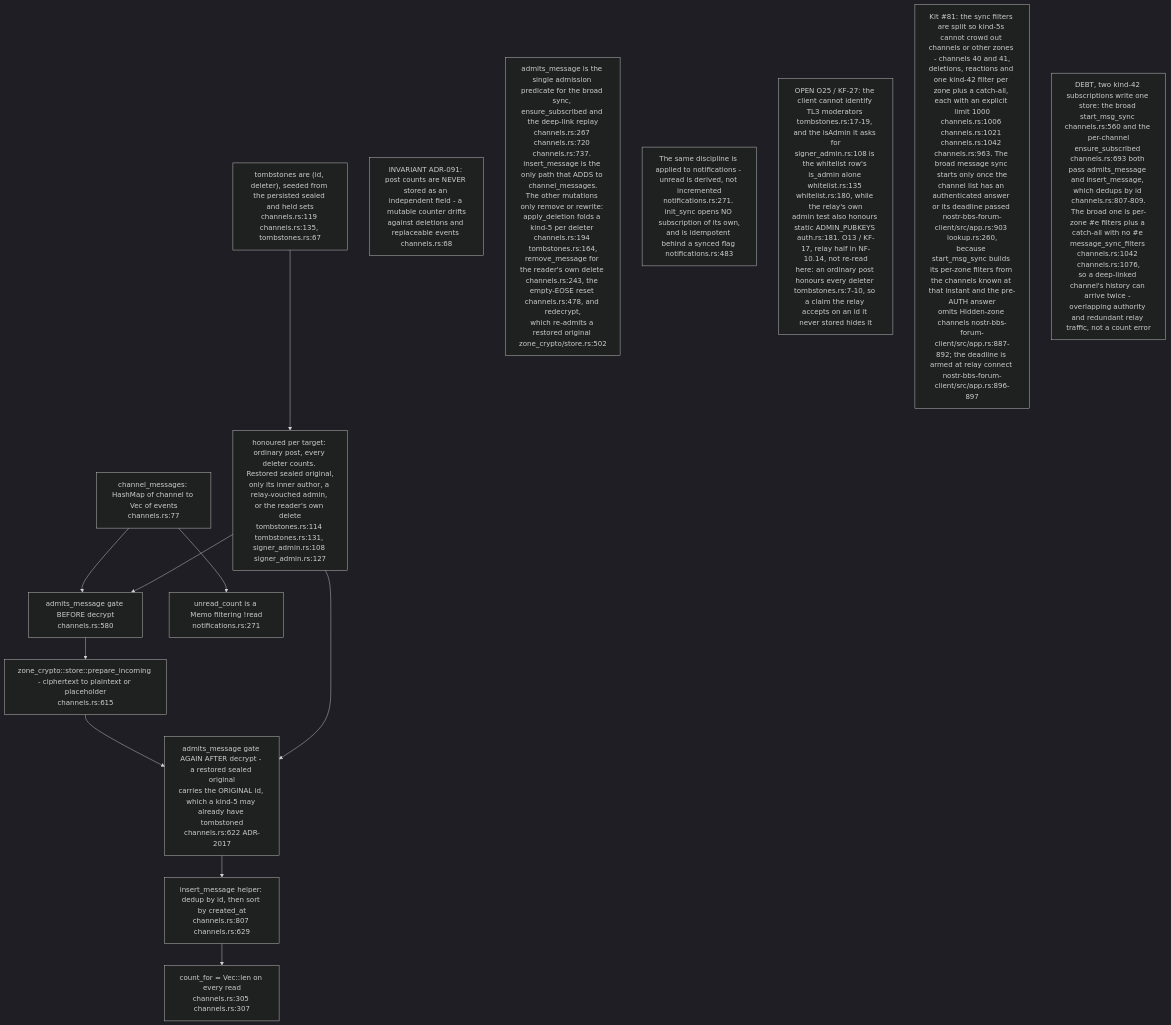
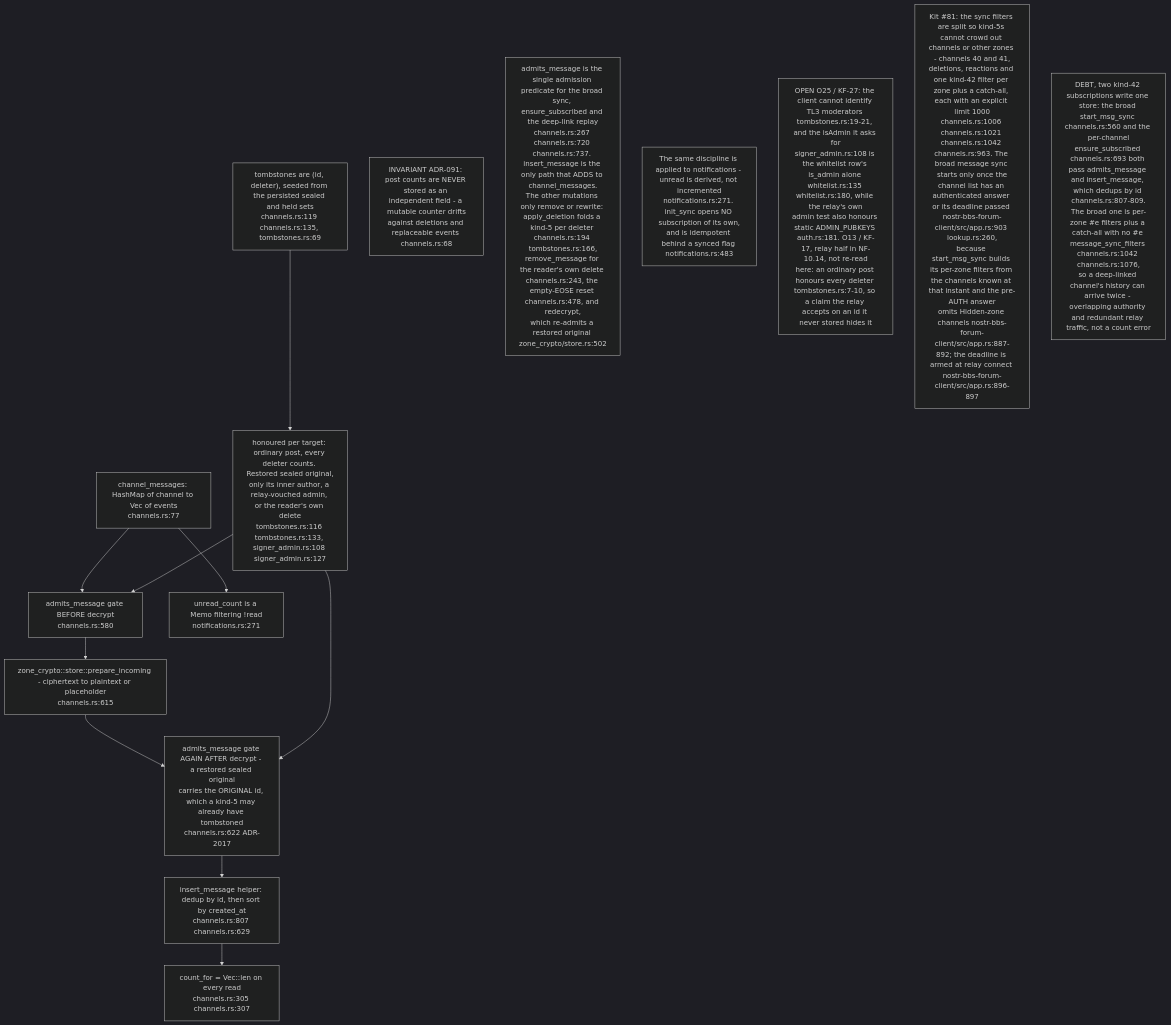
The sixth of 20 diagrams in docs/diagrams/nostr-rust-forum/05-leptos-clients-onboarding-messaging-governance.md (DreamLab-AI/VisionFlow), drawn with Mermaid (dark theme) before and after one commit. The commit also changed other lines of this file and 11 other files, not shown here.

````diff
--- a/docs/diagrams/nostr-rust-forum/05-leptos-clients-onboarding-messaging-governance.md
+++ b/docs/diagrams/nostr-rust-forum/05-leptos-clients-onboarding-messaging-governance.md
@@ -254,25 +254,25 @@
 ```mermaid
 flowchart TB
     EVS["channel_messages: HashMap of channel to Vec of events<br/>channels.rs:77"]
-    TOMB["tombstones are (id, deleter), seeded from the persisted sealed and held sets<br/>channels.rs:119 channels.rs:135, tombstones.rs:67"]
+    TOMB["tombstones are (id, deleter), seeded from the persisted sealed and held sets<br/>channels.rs:119 channels.rs:135, tombstones.rs:69"]
     GATE1["admits_message gate BEFORE decrypt<br/>channels.rs:580"]
     DEC["zone_crypto::store::prepare_incoming - ciphertext to plaintext or placeholder<br/>channels.rs:615"]
     GATE2["admits_message gate AGAIN AFTER decrypt - a restored sealed original<br/>carries the ORIGINAL id, which a kind-5 may already have tombstoned<br/>channels.rs:622 ADR-2017"]
     INS["insert_message helper: dedup by id, then sort by created_at<br/>channels.rs:807 channels.rs:629"]
     CNT["count_for = Vec::len on every read<br/>channels.rs:305 channels.rs:307"]
     UNREAD["unread_count is a Memo filtering !read<br/>notifications.rs:271"]
-    HON["honoured per target: ordinary post, every deleter counts. Restored sealed original,<br/>only its inner author, a relay-vouched admin, or the reader's own delete<br/>tombstones.rs:114 tombstones.rs:131, signer_admin.rs:108 signer_admin.rs:127"]
+    HON["honoured per target: ordinary post, every deleter counts. Restored sealed original,<br/>only its inner author, a relay-vouched admin, or the reader's own delete<br/>tombstones.rs:116 tombstones.rs:133, signer_admin.rs:108 signer_admin.rs:127"]
 
     EVS --> GATE1 --> DEC --> GATE2 --> INS --> CNT
     TOMB --> HON
     HON --> GATE1
     HON --> GATE2
     EVS --> UNREAD
 
     N1["INVARIANT ADR-091: post counts are NEVER stored as an independent field - a mutable counter drifts<br/>against deletions and replaceable events channels.rs:68"]
-    N2["admits_message is the single admission predicate for the broad sync, ensure_subscribed and the deep-link replay<br/>channels.rs:267 channels.rs:720 channels.rs:737. insert_message is the only path that ADDS to channel_messages.<br/>The other mutations only remove or rewrite: apply_deletion folds a kind-5 per deleter channels.rs:194 tombstones.rs:164,<br/>remove_message for the reader's own delete channels.rs:243, the empty-EOSE reset channels.rs:478, and redecrypt,<br/>which re-admits a restored original zone_crypto/store.rs:502"]
+    N2["admits_message is the single admission predicate for the broad sync, ensure_subscribed and the deep-link replay<br/>channels.rs:267 channels.rs:720 channels.rs:737. insert_message is the only path that ADDS to channel_messages.<br/>The other mutations only remove or rewrite: apply_deletion folds a kind-5 per deleter channels.rs:194 tombstones.rs:166,<br/>remove_message for the reader's own delete channels.rs:243, the empty-EOSE reset channels.rs:478, and redecrypt,<br/>which re-admits a restored original zone_crypto/store.rs:502"]
     N3["The same discipline is applied to notifications - unread is derived, not incremented<br/>notifications.rs:271. init_sync opens NO subscription of its own,<br/>and is idempotent behind a synced flag notifications.rs:483"]
-    N4["OPEN O25 / KF-27: the client cannot identify TL3 moderators tombstones.rs:17-19, and the isAdmin it asks for<br/>signer_admin.rs:108 is the whitelist row's is_admin alone whitelist.rs:135 whitelist.rs:180, while the relay's own<br/>admin test also honours static ADMIN_PUBKEYS auth.rs:181. O13 / KF-17, relay half in NF-10.14, not re-read<br/>here: an ordinary post honours every deleter tombstones.rs:7-10, so a claim the relay accepts on an id it never stored hides it"]
+    N4["OPEN O25 / KF-27: the client cannot identify TL3 moderators tombstones.rs:19-21, and the isAdmin it asks for<br/>signer_admin.rs:108 is the whitelist row's is_admin alone whitelist.rs:135 whitelist.rs:180, while the relay's own<br/>admin test also honours static ADMIN_PUBKEYS auth.rs:181. O13 / KF-17, relay half in NF-10.14, not re-read<br/>here: an ordinary post honours every deleter tombstones.rs:7-10, so a claim the relay accepts on an id it never stored hides it"]
     N5["Kit #81: the sync filters are split so kind-5s cannot crowd out channels or other zones - channels 40 and 41,<br/>deletions, reactions and one kind-42 filter per zone plus a catch-all, each with an explicit limit 1000<br/>channels.rs:1006 channels.rs:1021 channels.rs:1042 channels.rs:963. The broad message sync starts only once the<br/>channel list has an authenticated answer or its deadline passed nostr-bbs-forum-client/src/app.rs:903 lookup.rs:260,<br/>because start_msg_sync builds its per-zone filters from the channels known at that instant and the pre-AUTH answer<br/>omits Hidden-zone channels nostr-bbs-forum-client/src/app.rs:887-892; the deadline is armed at relay connect nostr-bbs-forum-client/src/app.rs:896-897"]
     N6["DEBT, two kind-42 subscriptions write one store: the broad start_msg_sync channels.rs:560 and the per-channel<br/>ensure_subscribed channels.rs:693 both pass admits_message and insert_message, which dedups by id channels.rs:807-809.<br/>The broad one is per-zone #e filters plus a catch-all with no #e message_sync_filters channels.rs:1042 channels.rs:1076,<br/>so a deep-linked channel's history can arrive twice - overlapping authority and redundant relay traffic, not a count error"]
 ```
````
